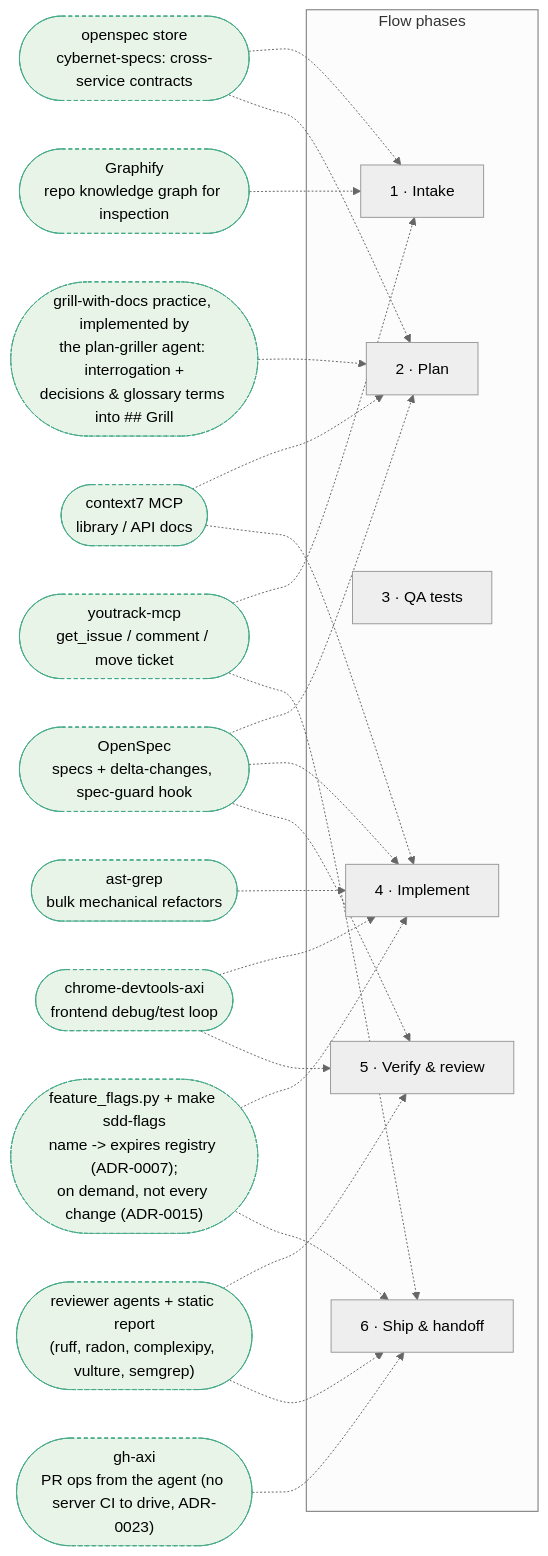
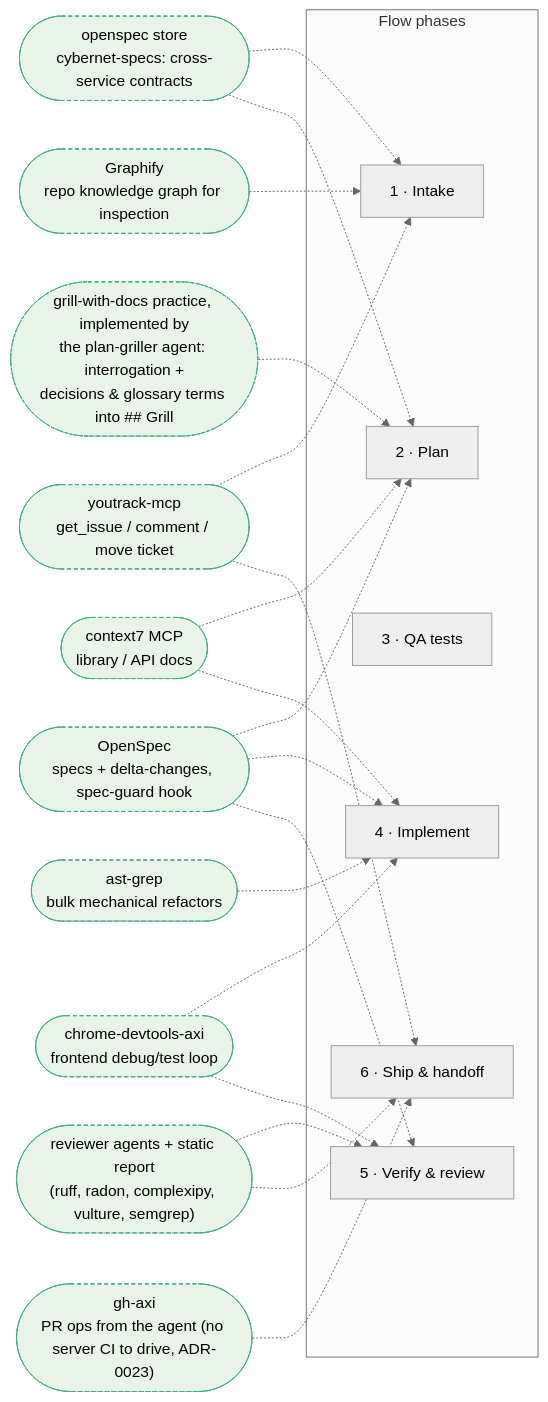
The second of 2 diagrams in WORKFLOW.md (CybernetKZ/sdd-kit), drawn with Mermaid (neutral theme) before and after one commit. The commit also changed other lines of this file and 4 other files, not shown here.

````diff
--- a/WORKFLOW.md
+++ b/WORKFLOW.md
@@ -127,33 +127,31 @@
 ```mermaid
 flowchart LR
     subgraph PHASES["Flow phases"]
         P1["1 · Intake"]
         P2["2 · Plan"]
         P3["3 · QA tests"]
         P4["4 · Implement"]
         P5["5 · Verify & review"]
         P6["6 · Ship & handoff"]
     end
     YTMCP(["youtrack-mcp<br/>get_issue / comment / move ticket"]) -.-> P1
     YTMCP -.-> P6
     STORE(["openspec store<br/>cybernet-specs: cross-service contracts"]) -.-> P1
     STORE -.-> P2
     GRAPH(["Graphify<br/>repo knowledge graph for inspection"]) -.-> P1
     OS(["OpenSpec<br/>specs + delta-changes, spec-guard hook"]) -.-> P2
     OS -.-> P4
     OS -.-> P5
     GWD(["grill-with-docs practice, implemented by<br/>the plan-griller agent: interrogation +<br/>decisions & glossary terms into ## Grill"]) -.-> P2
     C7(["context7 MCP<br/>library / API docs"]) -.-> P2
     C7 -.-> P4
     ASTG(["ast-grep<br/>bulk mechanical refactors"]) -.-> P4
     CDA(["chrome-devtools-axi<br/>frontend debug/test loop"]) -.-> P4
     CDA -.-> P5
-    FLAGS(["feature_flags.py + make sdd-flags<br/>name -> expires registry (ADR-0007);<br/>on demand, not every change (ADR-0015)"]) -.-> P4
-    FLAGS -.-> P6
     AGENTS(["reviewer agents + static report<br/>(ruff, radon, complexipy, vulture, semgrep)"]) -.-> P5
     AGENTS -.-> P6
     GHA(["gh-axi<br/>PR ops from the agent (no server CI to drive, ADR-0023)"]) -.-> P6
 
     classDef tool fill:#e8f4e8,stroke:#4a8,stroke-dasharray: 4 3
-    class YTMCP,STORE,GRAPH,C7,OS,GWD,ASTG,CDA,GHA,AGENTS,FLAGS tool
+    class YTMCP,STORE,GRAPH,C7,OS,GWD,ASTG,CDA,GHA,AGENTS tool
 ```
````
